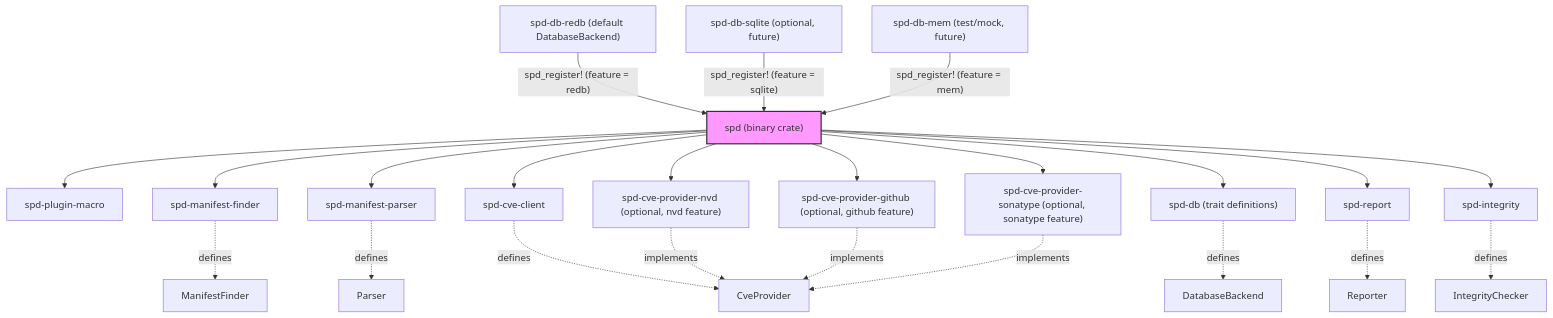
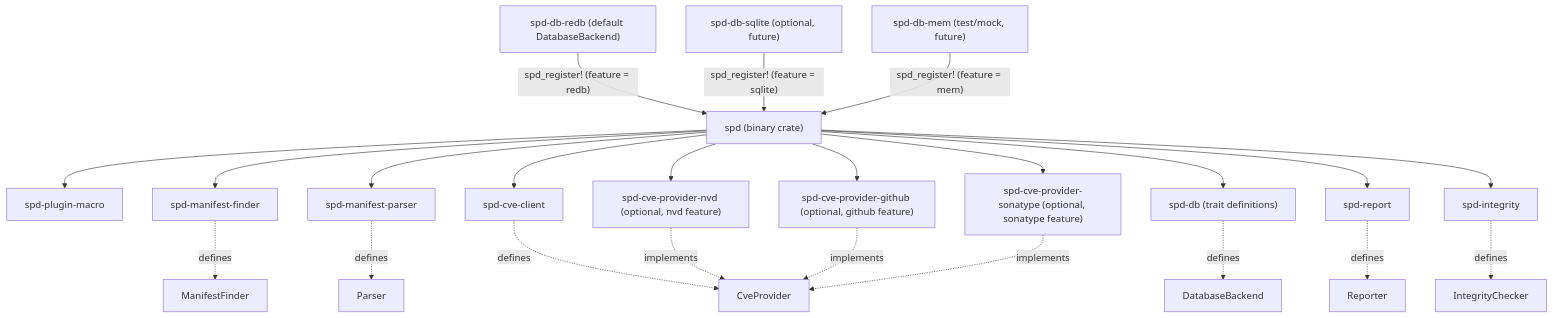
Before and after one commit to verilyze/verilyze: the diagram in architecture/workspace-layout.mmd, drawn with Mermaid. The commit also changed 3 other files, not shown here.

First line of the commit message:
docs: update Mermaid architecture docs

```diff
--- a/architecture/workspace-layout.mmd
+++ b/architecture/workspace-layout.mmd
@@ -1,46 +1,44 @@
 graph TD
     %% Core binary
     A["spd (binary crate)"]
     %% Macro crate (used by binary for plugin registration)
     M["spd-plugin-macro"]
     %% Library crates
     B["spd-manifest-finder"]
     C["spd-manifest-parser"]
     D["spd-cve-client"]
     D2["spd-cve-provider-nvd (optional, nvd feature)"]
     D3["spd-cve-provider-github (optional, github feature)"]
     D4["spd-cve-provider-sonatype (optional, sonatype feature)"]
     E["spd-db (trait definitions)"]
     F["spd-report"]
     G["spd-integrity"]
     %% Concrete implementations (plug‑ins)
     H["spd-db-redb (default DatabaseBackend)"]
     I["spd-db-sqlite (optional, future)"]
     J["spd-db-mem (test/mock, future)"]
     %% Edges from binary to libraries
     A --> B
     A --> C
     A --> D
     A --> D2
     A --> D3
     A --> D4
     A --> E
     A --> F
     A --> G
     A --> M
     %% Edges from libraries to the traits they expose (collapsed for brevity)
     B -.->|defines| ManifestFinder
     C -.->|defines| Parser
     D -.->|defines| CveProvider
     D2 -.->|implements| CveProvider
     D3 -.->|implements| CveProvider
     D4 -.->|implements| CveProvider
     E -.->|defines| DatabaseBackend
     F -.->|defines| Reporter
     G -.->|defines| IntegrityChecker
     %% Registration edges (plug‑in discovery)
     H -->|"spd_register! (feature = redb)"| A
     I -->|"spd_register! (feature = sqlite)"| A
     J -->|"spd_register! (feature = mem)"| A
-    %% Visual styling
-    style A fill:#f9f,stroke:#333,stroke-width:2px
```
